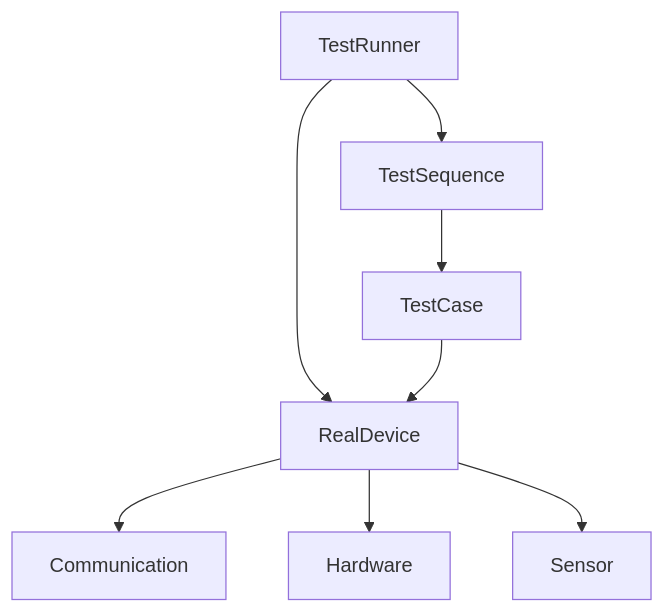
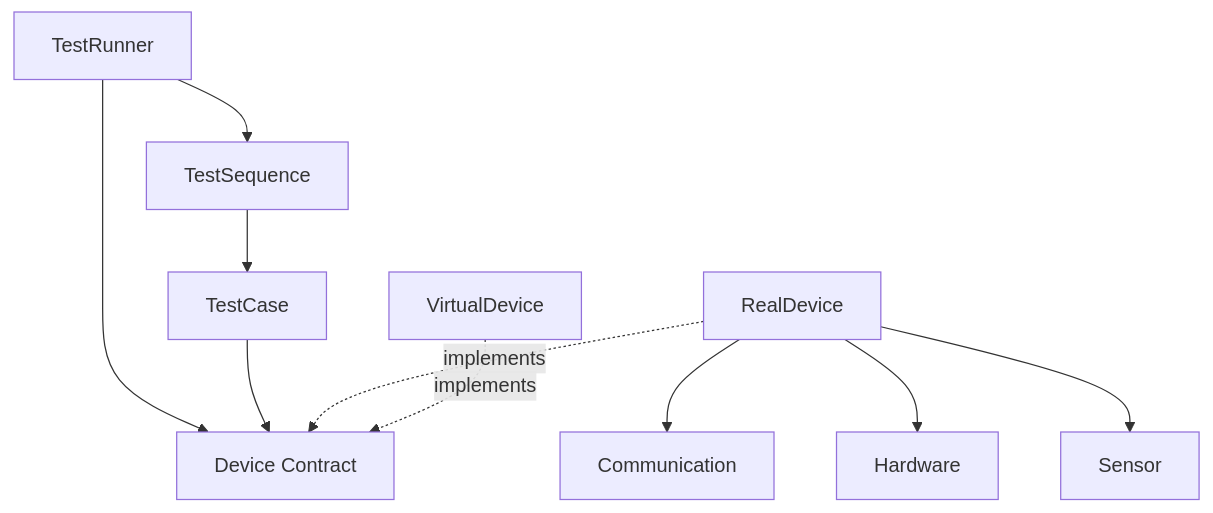
One commit to chengyeyang/hybrid-reliability-lab changed the first of 2 diagrams in docs/architecture.md. Above: the diagram before and after it, drawn with Mermaid. The commit also changed other lines of this file and 2 other files, not shown here.

First line of the commit message:
Implement VirtualDevice. Close #9

````diff
--- a/docs/architecture.md
+++ b/docs/architecture.md
@@ -71,18 +85,24 @@
 ```mermaid
 flowchart TD
     TR[TestRunner]
     TS[TestSequence]
     TC[TestCase]
+    DEV[Device Contract]
     REAL[RealDevice]
+    VIRTUAL[VirtualDevice]
     COM[Communication]
     HW[Hardware]
     SEN[Sensor]
 
     TR --> TS
-    TR --> REAL
+    TR --> DEV
     TS --> TC
-    TC --> REAL
+    TC --> DEV
+
+    REAL -. implements .-> DEV
+    VIRTUAL -. implements .-> DEV
+
     REAL --> COM
     REAL --> HW
     REAL --> SEN
 ```
````
